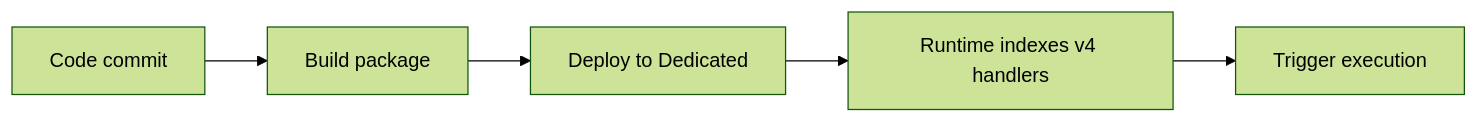
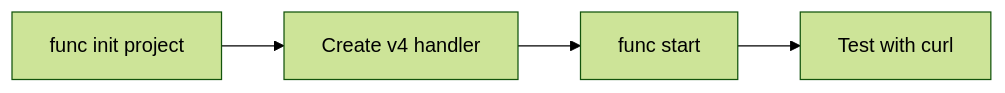
One commit to yeongseon/azure-functions-practical-guide changed the diagram in docs/language-guides/nodejs/tutorial/dedicated/01-local-run.md. Above: the diagram before and after it, drawn with Mermaid (forest theme). The commit also changed other lines of this file and 217 other files, not shown here.

````diff
--- a/docs/language-guides/nodejs/tutorial/dedicated/01-local-run.md
+++ b/docs/language-guides/nodejs/tutorial/dedicated/01-local-run.md
@@ -18,7 +23,6 @@
 ```mermaid
 flowchart LR
-    A[Code commit] --> B[Build package]
-    B --> C[Deploy to Dedicated]
-    C --> D[Runtime indexes v4 handlers]
-    D --> E[Trigger execution]
+    A[func init project] --> B[Create v4 handler]
+    B --> C[func start]
+    C --> D[Test with curl]
 ```
````
